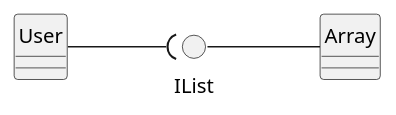
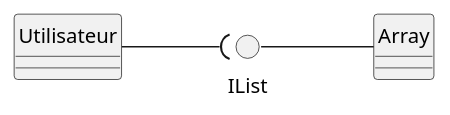
Before and after one commit to gigl-uml/Guide_uml_polymtl: the diagram in plant_uml/interfaceBallAndSocketNotationExample2.plantuml, drawn with PlantUML. The commit also changed 18 other files, not shown here.

```diff
--- a/plant_uml/interfaceBallAndSocketNotationExample2.plantuml
+++ b/plant_uml/interfaceBallAndSocketNotationExample2.plantuml
@@ -1,12 +1,12 @@
 @startuml
 skinparam backgroundcolor transparent
 left to right direction
 hide circle
 skinparam classAttributeIconSize 0
 class Array
-class User
+class Utilisateur
 circle IList
 
-User --( IList
+Utilisateur --( IList
 IList -- Array
 @enduml
```
